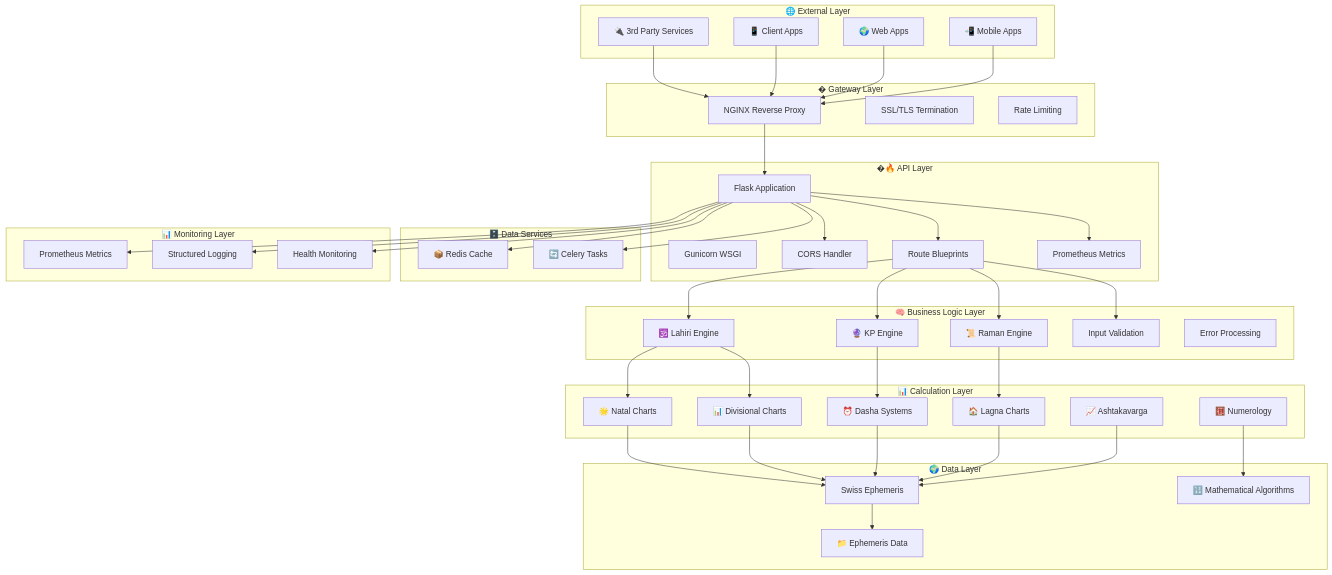
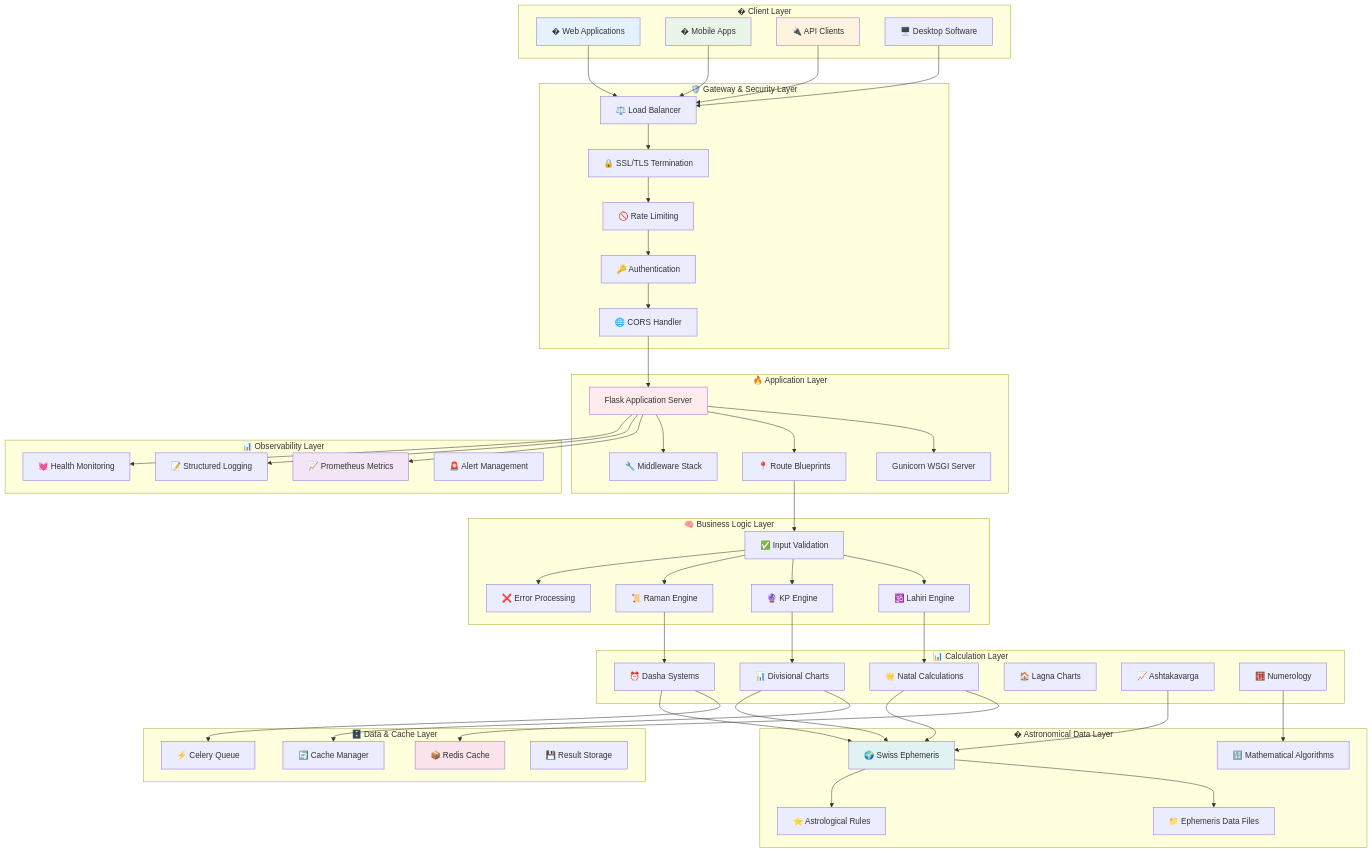
The sixth of 22 diagrams in README.md (Project-Corp-Astro/Astro_Engine), drawn with Mermaid before and after one commit. The commit also changed other lines of this file, not shown here.

````diff
--- a/README.md
+++ b/README.md
@@ -253,92 +519,112 @@
 ```mermaid
-flowchart TD
-    subgraph "🌐 External Layer"
-        Client[📱 Client Apps]
-        Web[🌍 Web Apps]
-        Mobile[📲 Mobile Apps]
-        ThirdParty[🔌 3rd Party Services]
+graph TB
+    subgraph "� Client Layer"
+        Web[� Web Applications]
+        Mobile[� Mobile Apps]
+        API[🔌 API Clients]
+        Desktop[🖥️ Desktop Software]
     end
     
-    subgraph "�️ Gateway Layer"
-        NGINX[NGINX Reverse Proxy]
-        SSL[SSL/TLS Termination]
-        RateLimit[Rate Limiting]
+    subgraph "🛡️ Gateway & Security Layer"
+        LB[⚖️ Load Balancer]
+        SSL[🔒 SSL/TLS Termination]
+        RateLimit[🚫 Rate Limiting]
+        Auth[🔑 Authentication]
+        CORS[🌐 CORS Handler]
     end
     
-    subgraph "�🔥 API Layer"
-        Flask[Flask Application]
-        Gunicorn[Gunicorn WSGI]
-        CORS[CORS Handler]
-        Routes[Route Blueprints]
-        Metrics[Prometheus Metrics]
+    subgraph "🔥 Application Layer"
+        Flask[Flask Application Server]
+        Gunicorn[Gunicorn WSGI Server]
+        Routes[📍 Route Blueprints]
+        Middleware[🔧 Middleware Stack]
     end
     
     subgraph "🧠 Business Logic Layer"
+        Validation[✅ Input Validation]
         Lahiri[🕉️ Lahiri Engine]
-        KP[🔮 KP Engine]
+        KP[🔮 KP Engine]  
         Raman[📜 Raman Engine]
-        Validation[Input Validation]
-        ErrorHandling[Error Processing]
+        ErrorHandler[❌ Error Processing]
     end
     
     subgraph "📊 Calculation Layer"
-        Natal[🌟 Natal Charts]
-        Divisional[📊 Divisional Charts]
-        Dasha[⏰ Dasha Systems]
-        Lagna[🏠 Lagna Charts]
-        Ashtaka[📈 Ashtakavarga]
-        Numerology[🧮 Numerology]
+        NatalCalc[🌟 Natal Calculations]
+        DivisionalCalc[📊 Divisional Charts]
+        DashaCalc[⏰ Dasha Systems]
+        LagnaCalc[🏠 Lagna Charts]
+        AshtakaCalc[📈 Ashtakavarga]
+        NumeroCalc[🧮 Numerology]
     end
     
-    subgraph "🗄️ Data Services"
+    subgraph "🗄️ Data & Cache Layer"
         Redis[📦 Redis Cache]
-        Celery[🔄 Celery Tasks]
-    end
-
-    subgraph "🌍 Data Layer"
-        SwissEph[Swiss Ephemeris]
-        EpheFiles[📁 Ephemeris Data]
-        Algorithms[🔢 Mathematical Algorithms]
+        CacheManager[🔄 Cache Manager]
+        TaskQueue[⚡ Celery Queue]
+        ResultStore[💾 Result Storage]
     end
     
-    subgraph "📊 Monitoring Layer"
-        Prometheus[Prometheus Metrics]
-        Structured[Structured Logging]
-        HealthChecks[Health Monitoring]
+    subgraph "� Astronomical Data Layer"
+        SwissEph[🌍 Swiss Ephemeris]
+        EpheFiles[📁 Ephemeris Data Files]
+        MathAlgo[🔢 Mathematical Algorithms]
+        AstroLogic[⭐ Astrological Rules]
     end
     
-    ThirdParty --> NGINX
-    Client --> NGINX
-    Web --> NGINX
-    Mobile --> NGINX
+    subgraph "📊 Observability Layer"
+        Prometheus[📈 Prometheus Metrics]
+        StructLog[📝 Structured Logging]
+        HealthChecks[💓 Health Monitoring]
+        AlertManager[🚨 Alert Management]
+    end
     
-    NGINX --> Flask
-    Flask --> CORS
+    Web --> LB
+    Mobile --> LB
+    API --> LB
+    Desktop --> LB
+    
+    LB --> SSL
+    SSL --> RateLimit
+    RateLimit --> Auth
+    Auth --> CORS
+    CORS --> Flask
+    
+    Flask --> Gunicorn
     Flask --> Routes
-    Flask --> Metrics
-    Flask --> Redis
-    Flask --> Celery
+    Flask --> Middleware
     
-    Routes --> Lahiri
-    Routes --> KP
-    Routes --> Raman
     Routes --> Validation
+    Validation --> Lahiri
+    Validation --> KP
+    Validation --> Raman
+    Validation --> ErrorHandler
     
-    Lahiri --> Natal
-    Lahiri --> Divisional
-    KP --> Dasha
-    Raman --> Lagna
+    Lahiri --> NatalCalc
+    KP --> DivisionalCalc
+    Raman --> DashaCalc
     
-    Natal --> SwissEph
-    Divisional --> SwissEph
-    Dasha --> SwissEph
-    Lagna --> SwissEph
-    Ashtaka --> SwissEph
-    Numerology --> Algorithms
+    NatalCalc --> Redis
+    DivisionalCalc --> CacheManager
+    DashaCalc --> TaskQueue
+    
+    NatalCalc --> SwissEph
+    DivisionalCalc --> SwissEph
+    DashaCalc --> SwissEph
+    AshtakaCalc --> SwissEph
+    NumeroCalc --> MathAlgo
     
     SwissEph --> EpheFiles
+    SwissEph --> AstroLogic
     
     Flask --> Prometheus
-    Flask --> Structured
+    Flask --> StructLog
     Flask --> HealthChecks
+    
+    style Web fill:#e3f2fd
+    style Mobile fill:#e8f5e8
+    style API fill:#fff3e0
+    style Flask fill:#ffebee
+    style Redis fill:#fce4ec
+    style SwissEph fill:#e0f2f1
+    style Prometheus fill:#f3e5f5
 ```
````
